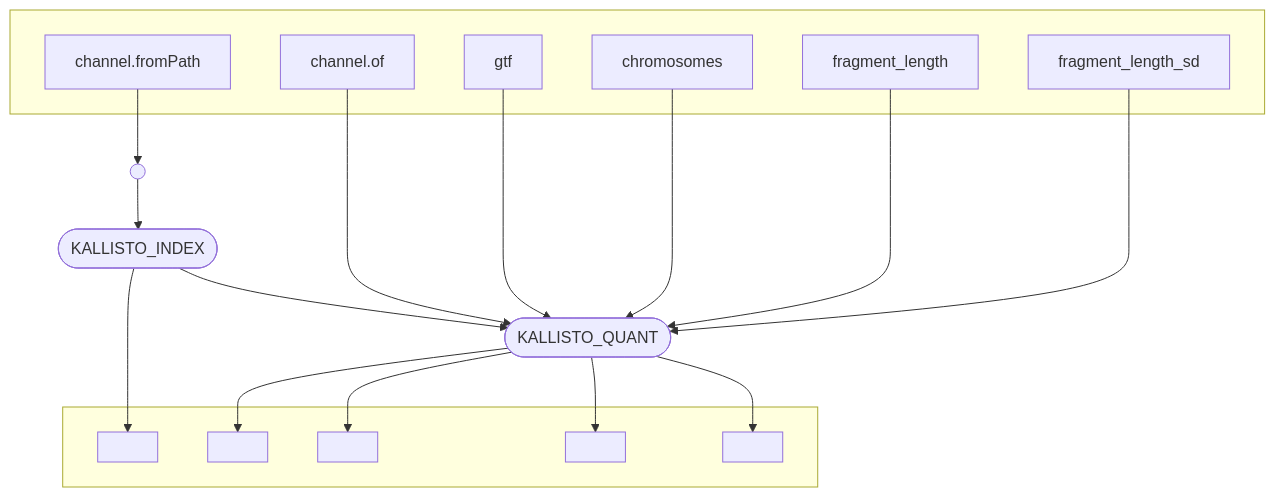
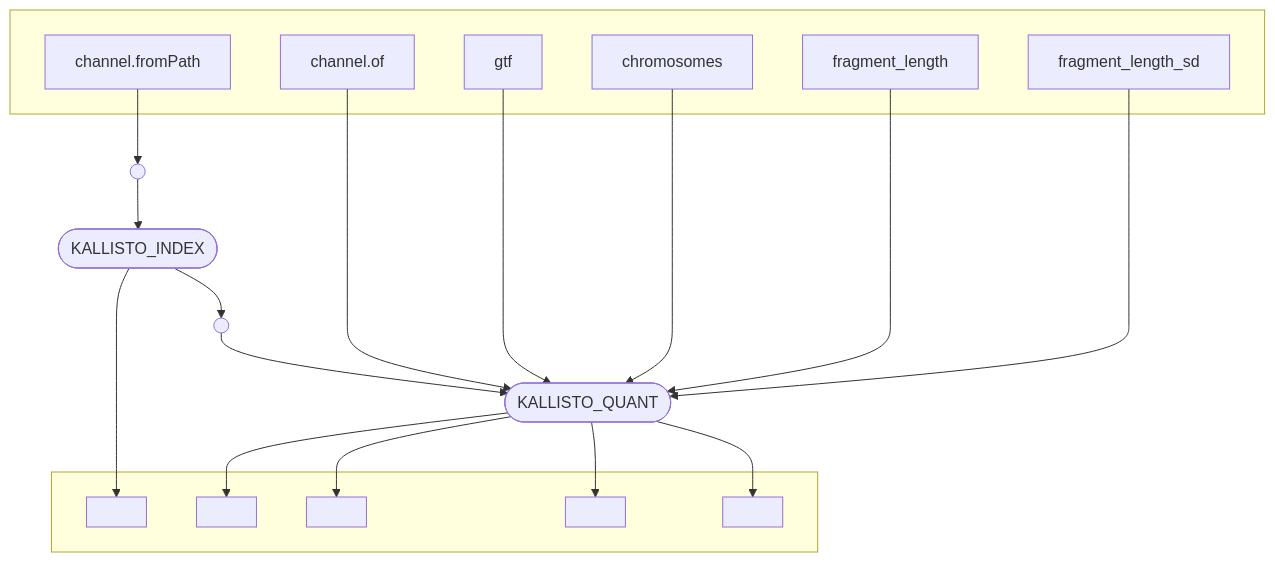
The diagram in resources/wrappers/modules/nf-core/kallisto/quant/wrapper/dag.mmd (dxsbiocc/phi), drawn with Mermaid before and after one commit. The commit also changed 34 other files, not shown here.

```diff
--- a/resources/wrappers/modules/nf-core/kallisto/quant/wrapper/dag.mmd
+++ b/resources/wrappers/modules/nf-core/kallisto/quant/wrapper/dag.mmd
@@ -1,32 +1,34 @@
 flowchart TB
     subgraph " "
     v0["channel.fromPath"]
-    v4["channel.of"]
-    v5["gtf"]
-    v6["chromosomes"]
-    v7["fragment_length"]
-    v8["fragment_length_sd"]
+    v5["channel.of"]
+    v6["gtf"]
+    v7["chromosomes"]
+    v8["fragment_length"]
+    v9["fragment_length_sd"]
     end
     v2(["KALLISTO_INDEX"])
     subgraph " "
     v3[" "]
-    v10[" "]
     v11[" "]
     v12[" "]
     v13[" "]
+    v14[" "]
     end
-    v9(["KALLISTO_QUANT"])
+    v10(["KALLISTO_QUANT"])
     v1(( ))
+    v4(( ))
     v0 --> v1
     v1 --> v2
-    v2 --> v9
     v2 --> v3
-    v4 --> v9
-    v5 --> v9
-    v6 --> v9
-    v7 --> v9
-    v8 --> v9
-    v9 --> v13
-    v9 --> v12
-    v9 --> v11
+    v2 --> v4
+    v5 --> v10
+    v6 --> v10
+    v7 --> v10
+    v8 --> v10
     v9 --> v10
+    v4 --> v10
+    v10 --> v14
+    v10 --> v13
+    v10 --> v12
+    v10 --> v11
```
